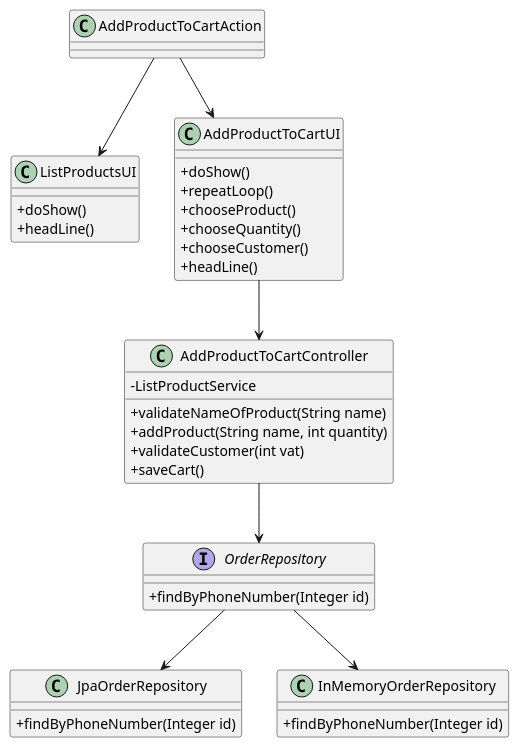
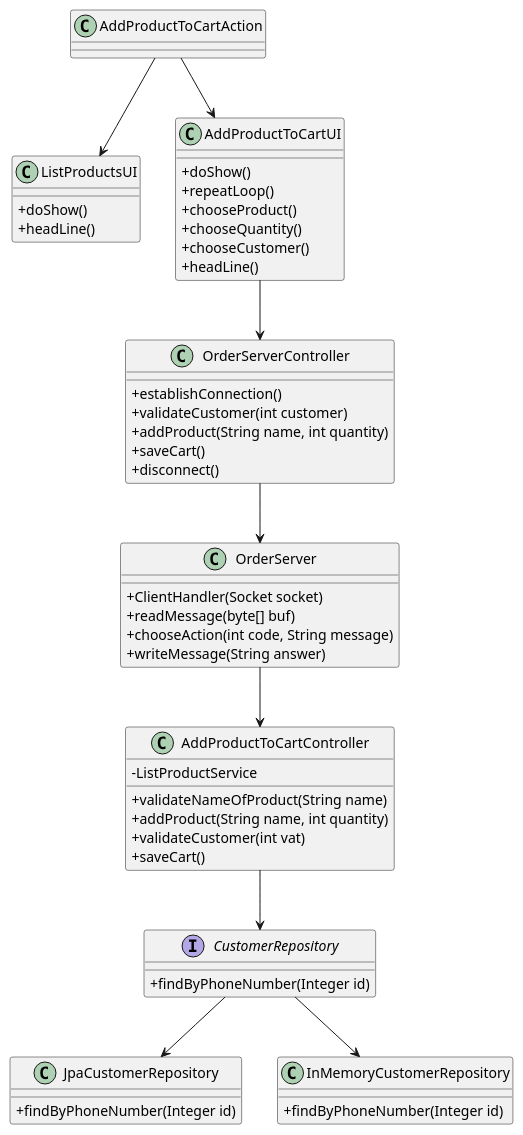
One commit to 1200884/LAPR4 changed the diagram in eapli.base/Documents/Engineering Process/SprintC/US1501/US1501_CD.puml. Above: the diagram before and after it, drawn with PlantUML. The commit also changed 5 other files, not shown here.

```diff
--- a/eapli.base/Documents/Engineering Process/SprintC/US1501/US1501_CD.puml
+++ b/eapli.base/Documents/Engineering Process/SprintC/US1501/US1501_CD.puml
@@ -1,44 +1,60 @@
 @startuml
 skinparam classAttributeIconSize 0
 
 AddProductToCartAction -->ListProductsUI
 AddProductToCartAction -->AddProductToCartUI
-AddProductToCartUI --> AddProductToCartController
-AddProductToCartController --> OrderRepository
-OrderRepository --> JpaOrderRepository
-OrderRepository --> InMemoryOrderRepository
+AddProductToCartUI --> OrderServerController
+OrderServerController -->OrderServer
+OrderServer --> AddProductToCartController
+AddProductToCartController --> CustomerRepository
+CustomerRepository --> JpaCustomerRepository
+CustomerRepository --> InMemoryCustomerRepository
 
 class ListProductsUI{
  +doShow()
  +headLine()
 }
 
 class AddProductToCartUI{
  +doShow()
  +repeatLoop()
  +chooseProduct()
  +chooseQuantity()
  +chooseCustomer()
  +headLine()
 }
 
+class OrderServerController{
++establishConnection()
++validateCustomer(int customer)
++addProduct(String name, int quantity)
++saveCart()
++disconnect()
+}
+
+class OrderServer{
++ClientHandler(Socket socket)
++readMessage(byte[] buf)
++chooseAction(int code, String message)
++writeMessage(String answer)
+}
 class AddProductToCartController{
 -ListProductService
 +validateNameOfProduct(String name)
 +addProduct(String name, int quantity)
 +validateCustomer(int vat)
 +saveCart()
 }
 
-interface OrderRepository{
+interface CustomerRepository{
 +findByPhoneNumber(Integer id)
 }
 
-class JpaOrderRepository{
+class JpaCustomerRepository{
 +findByPhoneNumber(Integer id)
 }
 
-class InMemoryOrderRepository{
+class InMemoryCustomerRepository{
 +findByPhoneNumber(Integer id)
 }
 @enduml
```
